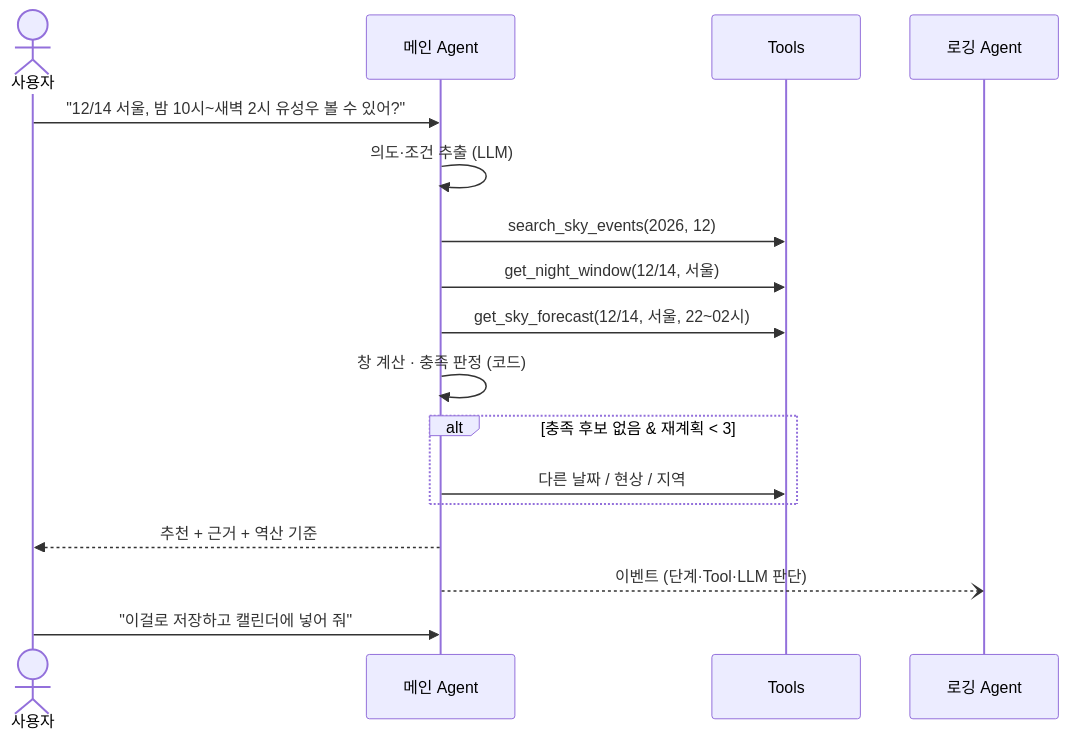
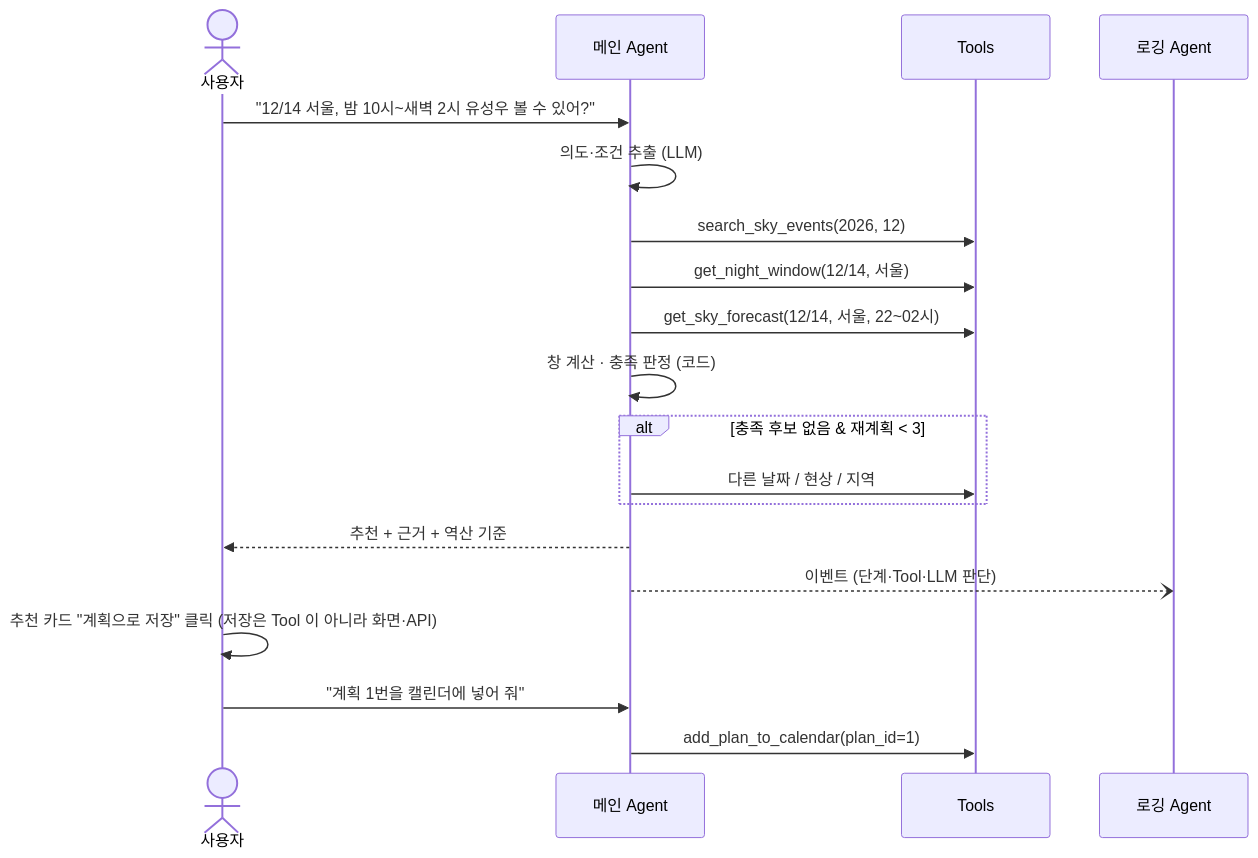
Before and after one commit to bnbong/Astrowatch: the first of 4 diagrams in docs/ASTROWATCH_PLAN.md, drawn with Mermaid. The commit also changed other lines of this file and 154 other files, not shown here.

````diff
--- a/docs/ASTROWATCH_PLAN.md
+++ b/docs/ASTROWATCH_PLAN.md
@@ -48,19 +48,21 @@
 ```mermaid
 sequenceDiagram
   actor U as 사용자
   participant A as 메인 Agent
   participant T as Tools
   participant L as 로깅 Agent
   U->>A: "12/14 서울, 밤 10시~새벽 2시 유성우 볼 수 있어?"
   A->>A: 의도·조건 추출 (LLM)
   A->>T: search_sky_events(2026, 12)
   A->>T: get_night_window(12/14, 서울)
   A->>T: get_sky_forecast(12/14, 서울, 22~02시)
   A->>A: 창 계산 · 충족 판정 (코드)
   alt 충족 후보 없음 & 재계획 < 3
     A->>T: 다른 날짜 / 현상 / 지역
   end
   A-->>U: 추천 + 근거 + 역산 기준
   A--)L: 이벤트 (단계·Tool·LLM 판단)
-  U->>A: "이걸로 저장하고 캘린더에 넣어 줘"
+  U->>U: 추천 카드 "계획으로 저장" 클릭 (저장은 Tool 이 아니라 화면·API)
+  U->>A: "계획 1번을 캘린더에 넣어 줘"
+  A->>T: add_plan_to_calendar(plan_id=1)
 ```
````
